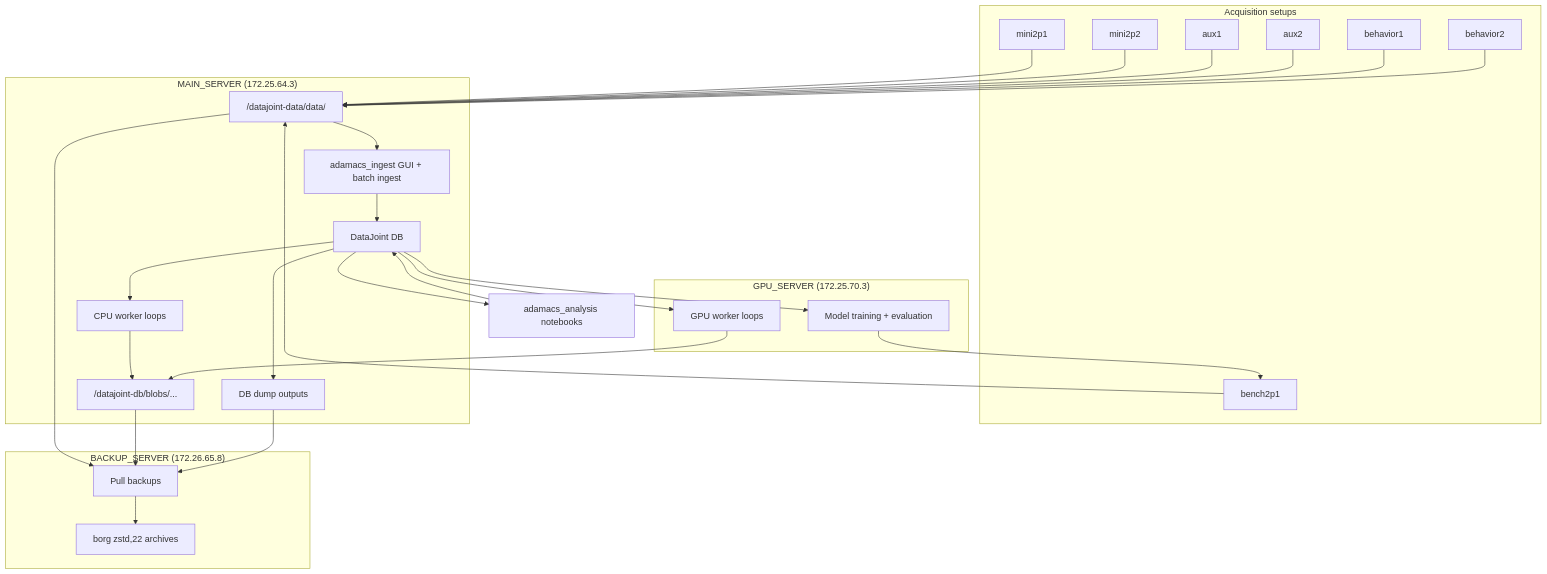
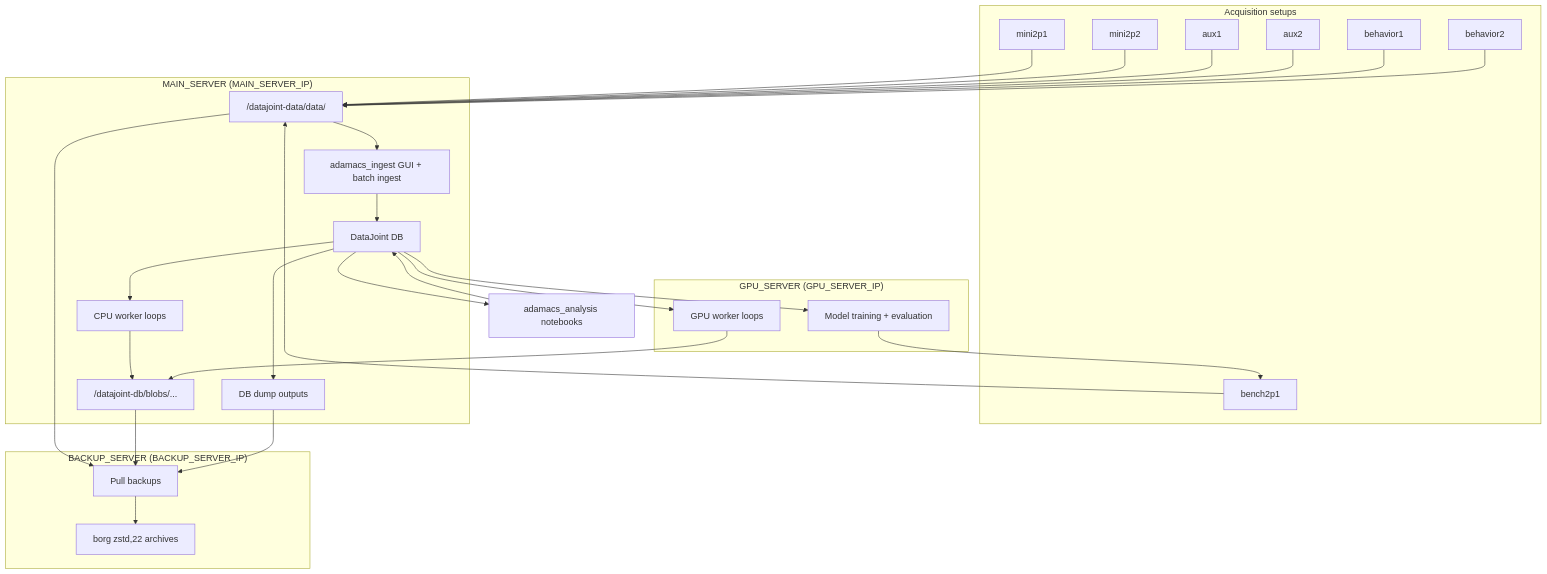
One commit to trose-neuro/adamacs_documentation changed the diagram in README.md. Above: the diagram before and after it, drawn with Mermaid. The commit also changed 11 other files, not shown here.

````diff
--- a/README.md
+++ b/README.md
@@ -30,57 +30,57 @@
 ```mermaid
 flowchart TB
     subgraph SETUPS["Acquisition setups"]
       M1["mini2p1"]
       M2["mini2p2"]
       B1["bench2p1"]
       A1["aux1"]
       A2["aux2"]
       H1["behavior1"]
       H2["behavior2"]
     end
 
-    subgraph MAIN_SERVER["MAIN_SERVER (172.25.64.3)"]
+    subgraph MAIN_SERVER["MAIN_SERVER (MAIN_SERVER_IP)"]
       SHARE["/datajoint-data/data/<user>"]
       ING["adamacs_ingest GUI + batch ingest"]
       DB["DataJoint DB"]
       CPU["CPU worker loops"]
       BLOB["/datajoint-db/blobs/..."]
       DUMP["DB dump outputs"]
     end
 
-    subgraph GPU["GPU_SERVER (172.25.70.3)"]
+    subgraph GPU["GPU_SERVER (GPU_SERVER_IP)"]
       GPUW["GPU worker loops"]
       TRAIN["Model training + evaluation"]
     end
 
-    subgraph BACKUP_SERVER["BACKUP_SERVER (172.26.65.8)"]
+    subgraph BACKUP_SERVER["BACKUP_SERVER (BACKUP_SERVER_IP)"]
       RSYNC["Pull backups"]
       BORG["borg zstd,22 archives"]
     end
 
     ANA["adamacs_analysis notebooks"]
 
     M1 --> SHARE
     M2 --> SHARE
     B1 --> SHARE
     A1 --> SHARE
     A2 --> SHARE
     H1 --> SHARE
     H2 --> SHARE
 
     SHARE --> ING
     ING --> DB
     DB --> CPU
     DB --> GPUW
     CPU --> BLOB
     GPUW --> BLOB
     DB --> ANA
     ANA --> DB
     DB --> TRAIN
     TRAIN --> B1
     DB --> DUMP
     SHARE --> RSYNC
     BLOB --> RSYNC
     DUMP --> RSYNC
     RSYNC --> BORG
 ```
````
